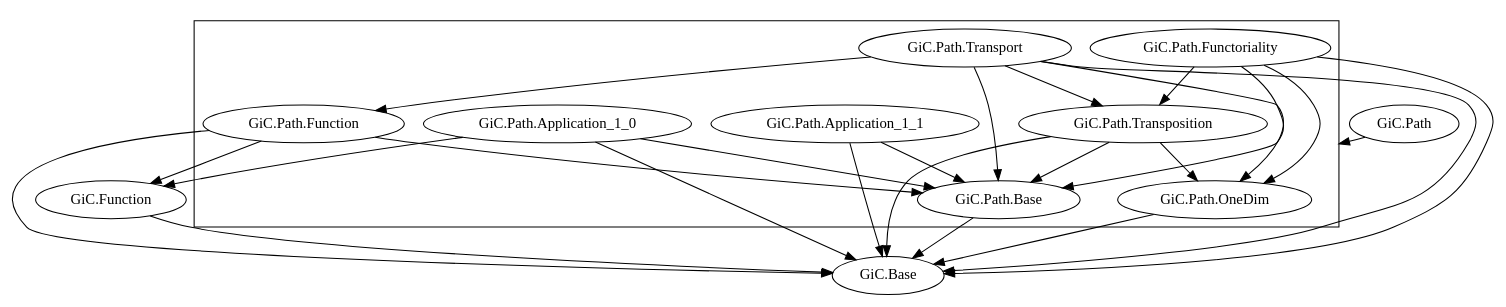
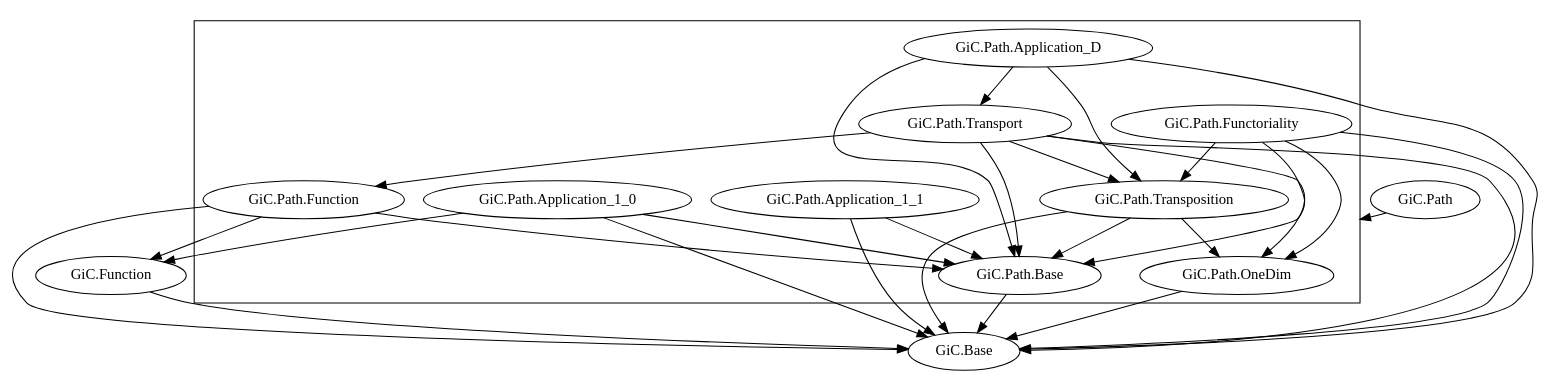
The diagram in documents/libraries.gv (Hexirp/googology-in-coq), drawn with Graphviz before and after one commit. The commit also changed 4 other files, not shown here.

First line of the commit message:
Update: GiC.Main から GiC.Path.Application_D を分離する

```diff
--- a/documents/libraries.gv
+++ b/documents/libraries.gv
@@ -1,60 +1,67 @@
 digraph dependency_graph {
   compound = true;
 
   # GiC.Base
 
   # GiC.Function
   "GiC.Function" -> "GiC.Base";
 
   # GiC.Path.Base
   "GiC.Path.Base" -> "GiC.Base";
 
   # GiC.Path.Function
   "GiC.Path.Function" -> "GiC.Base";
   "GiC.Path.Function" -> "GiC.Function";
   "GiC.Path.Function" -> "GiC.Path.Base";
 
   # GiC.Path.OneDim
   "GiC.Path.OneDim" -> "GiC.Base";
 
   # GiC.Path.Transposition
   "GiC.Path.Transposition" -> "GiC.Base";
   "GiC.Path.Transposition" -> "GiC.Path.Base";
   "GiC.Path.Transposition" -> "GiC.Path.OneDim";
 
   # GiC.Path.Functoriality
   "GiC.Path.Functoriality" -> "GiC.Base";
   "GiC.Path.Functoriality" -> "GiC.Path.Base";
   "GiC.Path.Functoriality" -> "GiC.Path.OneDim";
   "GiC.Path.Functoriality" -> "GiC.Path.Transposition";
 
   # GiC.Path.Application_1_0
   "GiC.Path.Application_1_0" -> "GiC.Base";
   "GiC.Path.Application_1_0" -> "GiC.Function";
   "GiC.Path.Application_1_0" -> "GiC.Path.Base";
 
   # GiC.Path.Application_1_1
   "GiC.Path.Application_1_1" -> "GiC.Base";
   "GiC.Path.Application_1_1" -> "GiC.Path.Base";
 
   # GiC.Path.Transport
   "GiC.Path.Transport" -> "GiC.Base";
   "GiC.Path.Transport" -> "GiC.Path.Base";
   "GiC.Path.Transport" -> "GiC.Path.Function";
   "GiC.Path.Transport" -> "GiC.Path.OneDim";
   "GiC.Path.Transport" -> "GiC.Path.Transposition";
 
+  # GiC.Path.Application_D
+  "GiC.Path.Application_D" -> "GiC.Base";
+  "GiC.Path.Application_D" -> "GiC.Path.Base";
+  "GiC.Path.Application_D" -> "GiC.Path.Transposition";
+  "GiC.Path.Application_D" -> "GiC.Path.Transport";
+
   # GiC.Path
   subgraph cluster_GiC_Path {
     "GiC.Path.Base";
     "GiC.Path.Function";
     "GiC.Path.OneDim";
     "GiC.Path.Transposition";
     "GiC.Path.Functoriality";
     "GiC.Path.Application_1_0";
     "GiC.Path.Application_1_1";
     "GiC.Path.Transport";
+    "GiC.Path.Application_D";
   }
 
   "GiC.Path" -> "GiC.Path.Base" [lhead = cluster_GiC_Path];
 }
```
